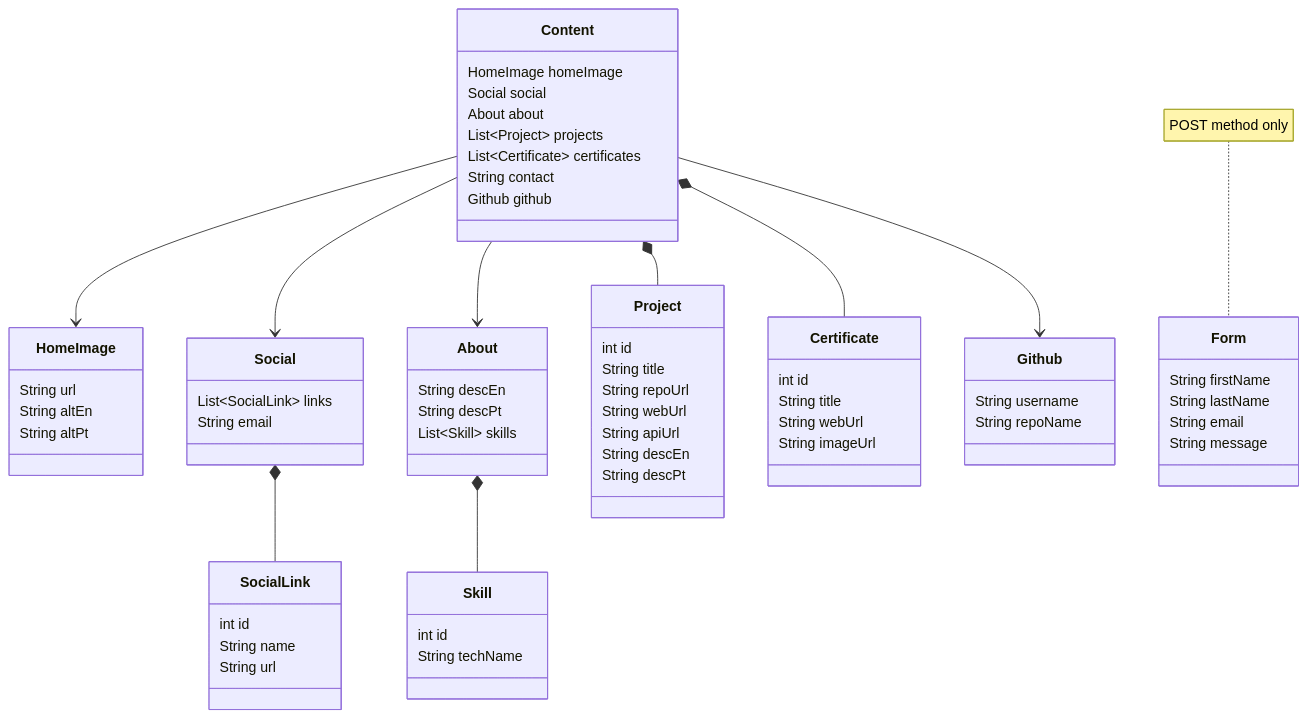
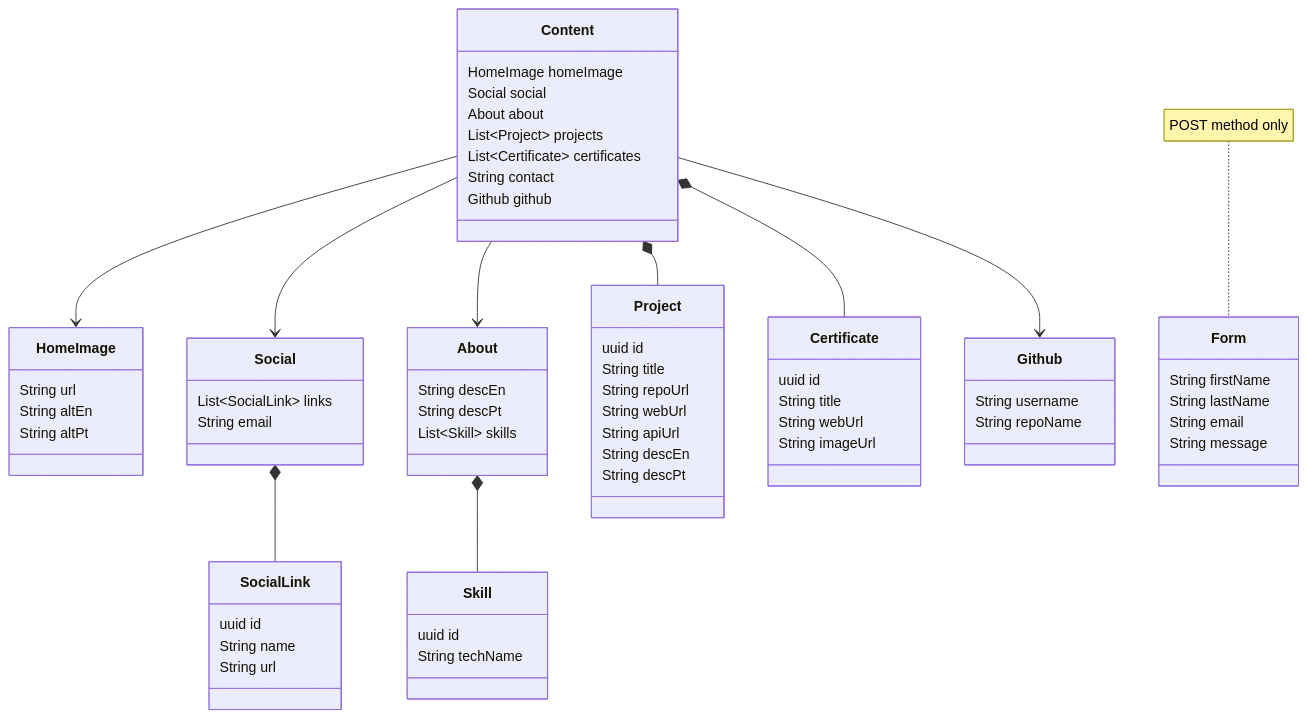
One commit to wesleybritovlk/portfolio changed the diagram in README.md. Above: the diagram before and after it, drawn with Mermaid. The commit also changed other lines of this file and 10 other files, not shown here.

````diff
--- a/README.md
+++ b/README.md
@@ -89,70 +89,70 @@
 ```mermaid
 classDiagram
     Content --> HomeImage
     Content --> Social
     Content --> About
     Content *-- Project
     Content *-- Certificate
     Content --> Github
     Social *-- SocialLink
     About *-- Skill
     class Content {
         HomeImage homeImage
         Social social
         About about
         List~Project~ projects
         List~Certificate~ certificates
         String contact
         Github github
     }
     class HomeImage {
         String url
         String altEn
         String altPt
     }
     class Social {
         List~SocialLink~ links
         String email
     }
     class SocialLink {
-        int id
+        uuid id
         String name
         String url
     }
     class About {
         String descEn
         String descPt
         List~Skill~ skills
     }
     class Skill {
-        int id
+        uuid id
         String techName
     }
     class Project {
-        int id
+        uuid id
         String title
         String repoUrl
         String webUrl
         String apiUrl
         String descEn
         String descPt
     }
     class Certificate {
-        int id
+        uuid id
         String title
         String webUrl
         String imageUrl
     }
     class Github {
         String username
         String repoName
     }
 
     note for Form "POST method only"
     class Form {
         String firstName
         String lastName
         String email
         String message
     }
 ```
````
